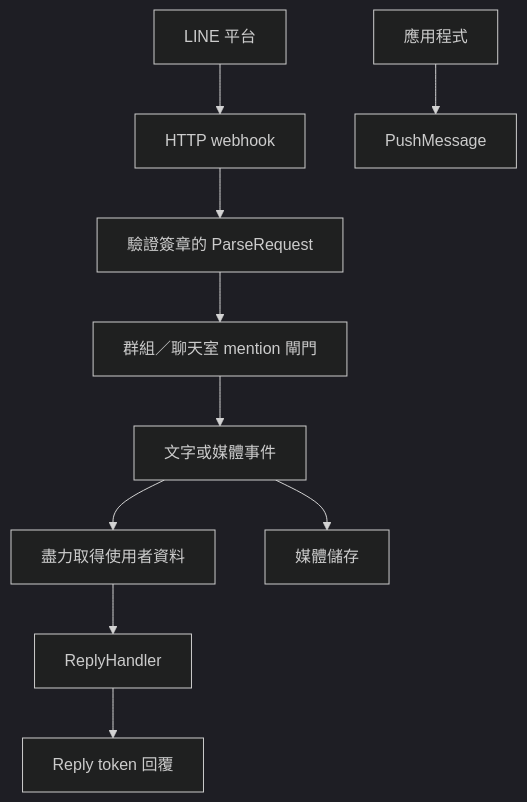
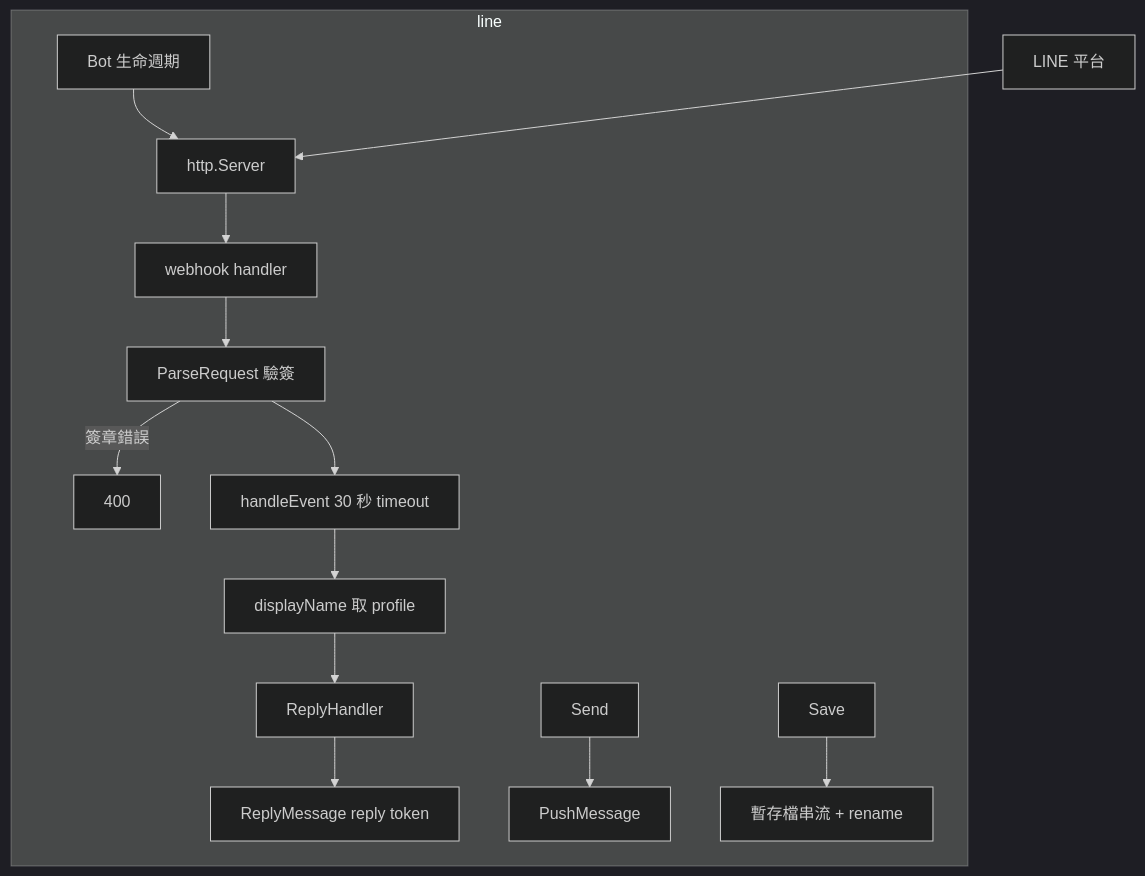
Before and after one commit to pardnchiu/go-bot: the fourth of 7 diagrams in doc/architecture.zh.md, drawn with Mermaid (dark theme). The commit also changed other lines of this file and 5 other files, not shown here.

````diff
--- a/doc/architecture.zh.md
+++ b/doc/architecture.zh.md
@@ -64,12 +76,16 @@
 ```mermaid
 graph TB
-    LINE[LINE 平台] --> Webhook[HTTP webhook]
-    Webhook --> Parse[驗證簽章的 ParseRequest]
-    Parse --> Gate[群組／聊天室 mention 閘門]
-    Gate --> Event[文字或媒體事件]
-    Event --> Profile[盡力取得使用者資料]
-    Profile --> Handler[ReplyHandler]
-    Handler --> Reply[Reply token 回覆]
-    App[應用程式] --> Push[PushMessage]
-    Event --> Save[媒體儲存]
+    subgraph line
+        Bot[Bot 生命週期] --> Server[http.Server]
+        Server --> Webhook[webhook handler]
+        Webhook --> Parse[ParseRequest 驗簽]
+        Parse -->|簽章錯誤| R400[400]
+        Parse --> Event[handleEvent 30 秒 timeout]
+        Event --> Profile[displayName 取 profile]
+        Profile --> Handler[ReplyHandler]
+        Handler --> Reply[ReplyMessage reply token]
+        Send[Send] --> Push[PushMessage]
+        Save[Save] --> Disk[暫存檔串流 + rename]
+    end
+    LINE[LINE 平台] --> Server
 ```
````
